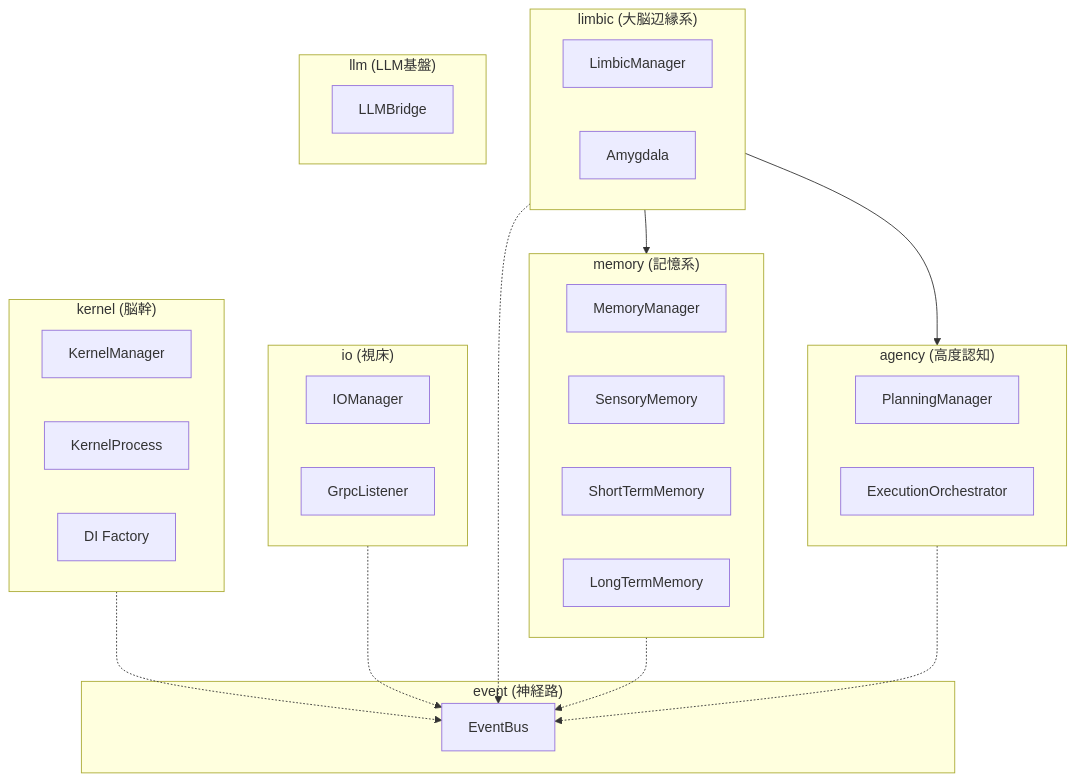
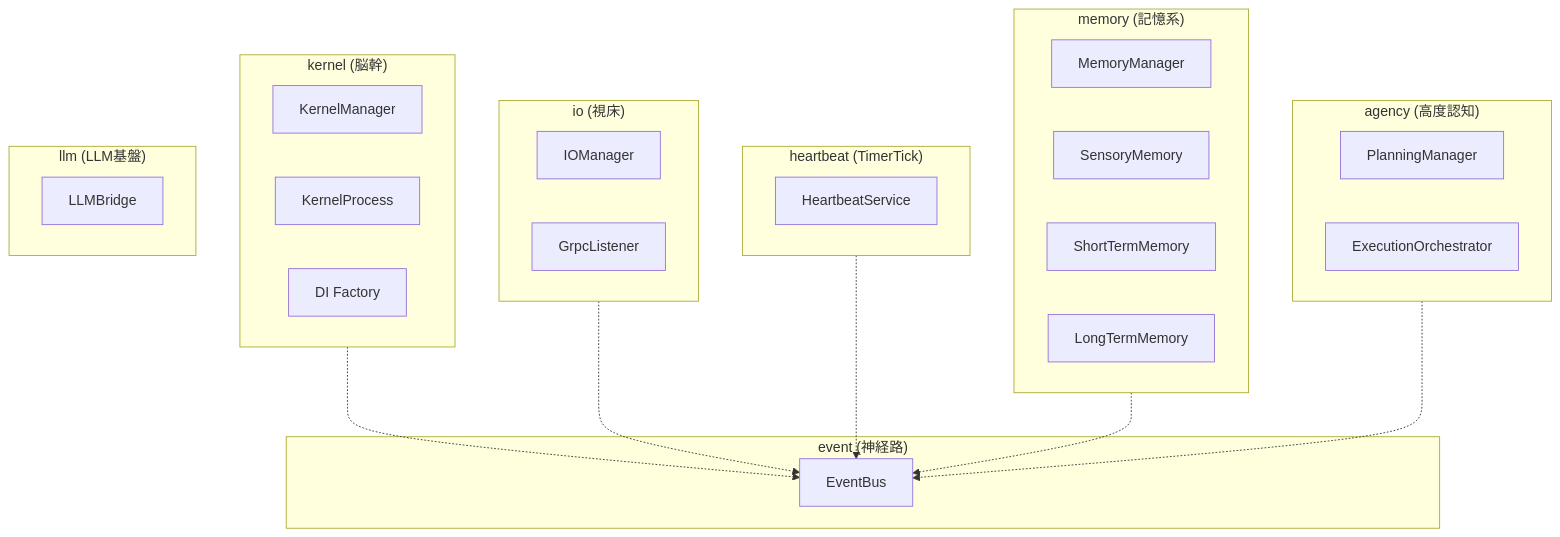
Before and after one commit to ibukani/iris-mind: the first of 2 diagrams in .agents/skills/iris-visualize/SKILL.md, drawn with Mermaid. The commit also changed other lines of this file and 9 other files, not shown here.

````diff
--- a/.agents/skills/iris-visualize/SKILL.md
+++ b/.agents/skills/iris-visualize/SKILL.md
@@ -58,43 +58,38 @@
 ```mermaid
 flowchart TB
     subgraph KernelLayer["kernel (脳幹)"]
         manager["KernelManager"]
         process["KernelProcess"]
         factory["DI Factory"]
     end
     subgraph IoLayer["io (視床)"]
         io_mgr["IOManager"]
         grpc["GrpcListener"]
     end
     subgraph EventLayer["event (神経路)"]
         bus["EventBus"]
     end
-    subgraph LimbicLayer["limbic (大脳辺縁系)"]
-        limbic_mgr["LimbicManager"]
-        amygdala["Amygdala"]
+    subgraph HeartbeatLayer["heartbeat (TimerTick)"]
+        hb_svc["HeartbeatService"]
     end
     subgraph MemoryLayer["memory (記憶系)"]
         mem_mgr["MemoryManager"]
         sensory["SensoryMemory"]
         stm["ShortTermMemory"]
         ltm["LongTermMemory"]
     end
     subgraph AgencyLayer["agency (高度認知)"]
         planning["PlanningManager"]
         execution["ExecutionOrchestrator"]
     end
     subgraph LlmLayer["llm (LLM基盤)"]
         bridge["LLMBridge"]
     end
 
     %% 依存関係（EventBus経由の疎結合）
     KernelLayer -.-> bus
     IoLayer -.-> bus
-    LimbicLayer -.-> bus
+    HeartbeatLayer -.-> bus
     MemoryLayer -.-> bus
     AgencyLayer -.-> bus
-
-    %% 許容される直接インターフェース（AGENTS.mdより）
-    LimbicLayer --> MemoryLayer
-    LimbicLayer --> AgencyLayer
 ```
````
